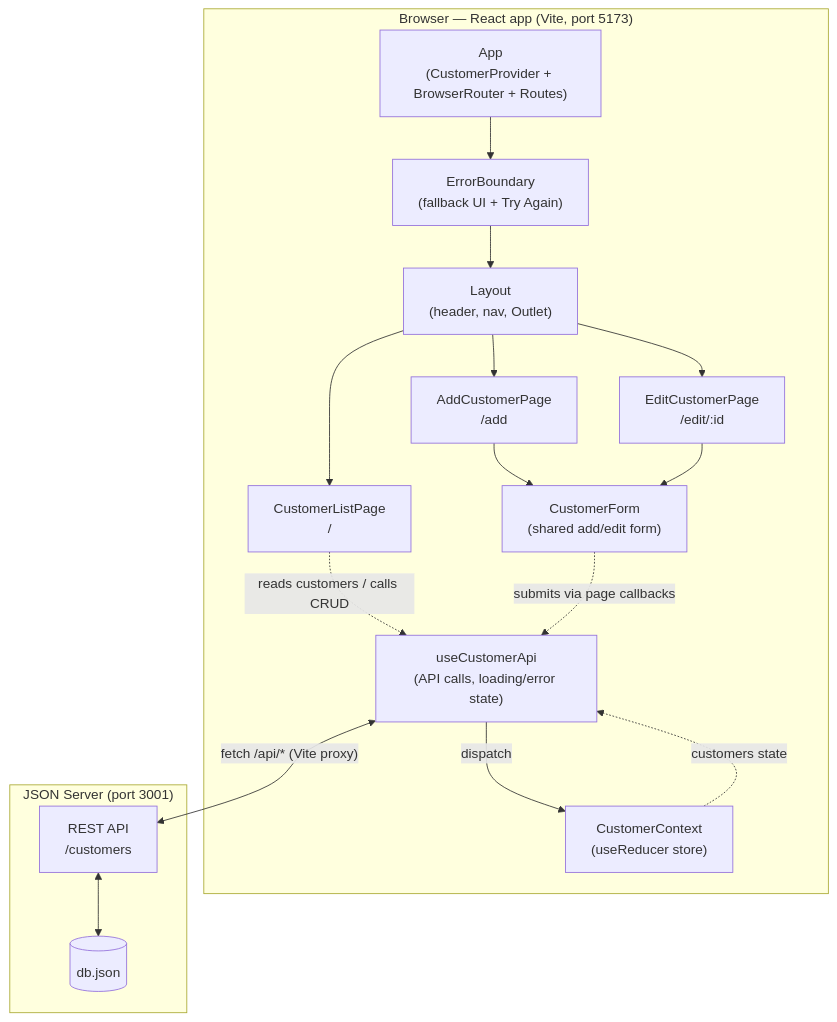
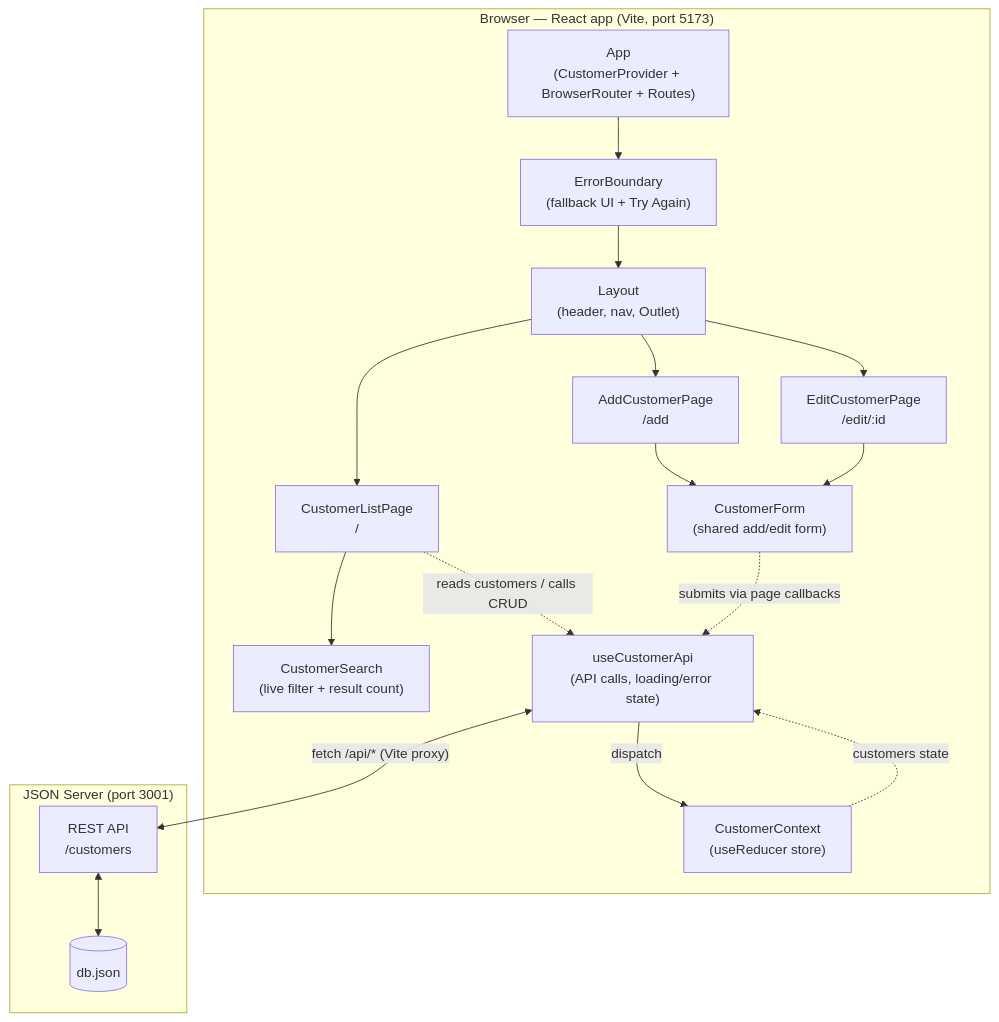
One commit to das77/fsep-cap2-cma-app changed the first of 3 diagrams in customer-app/docs/ARCHITECTURE.md. Above: the diagram before and after it, drawn with Mermaid. The commit also changed other lines of this file, not shown here.

Commit message:
feat: update architecture documentation to include customer search and sorting features

````diff
--- a/customer-app/docs/ARCHITECTURE.md
+++ b/customer-app/docs/ARCHITECTURE.md
@@ -8,33 +8,35 @@
 ```mermaid
 graph TB
     subgraph Browser["Browser — React app (Vite, port 5173)"]
         App["App<br/>(CustomerProvider + BrowserRouter + Routes)"]
         EB["ErrorBoundary<br/>(fallback UI + Try Again)"]
         Layout["Layout<br/>(header, nav, Outlet)"]
         List["CustomerListPage<br/>/"]
         Add["AddCustomerPage<br/>/add"]
         Edit["EditCustomerPage<br/>/edit/:id"]
         Form["CustomerForm<br/>(shared add/edit form)"]
+        Search["CustomerSearch<br/>(live filter + result count)"]
         Hook["useCustomerApi<br/>(API calls, loading/error state)"]
         Store["CustomerContext<br/>(useReducer store)"]
     end
 
     subgraph Server["JSON Server (port 3001)"]
         API["REST API<br/>/customers"]
         DB[("db.json")]
     end
 
     App --> EB
     EB --> Layout
     Layout --> List
     Layout --> Add
     Layout --> Edit
     Add --> Form
     Edit --> Form
+    List --> Search
     List -.reads customers / calls CRUD.-> Hook
     Form -.submits via page callbacks.-> Hook
     Hook -->|dispatch| Store
     Store -.customers state.-> Hook
     Hook <-->|"fetch /api/* (Vite proxy)"| API
     API <--> DB
 ```
````
